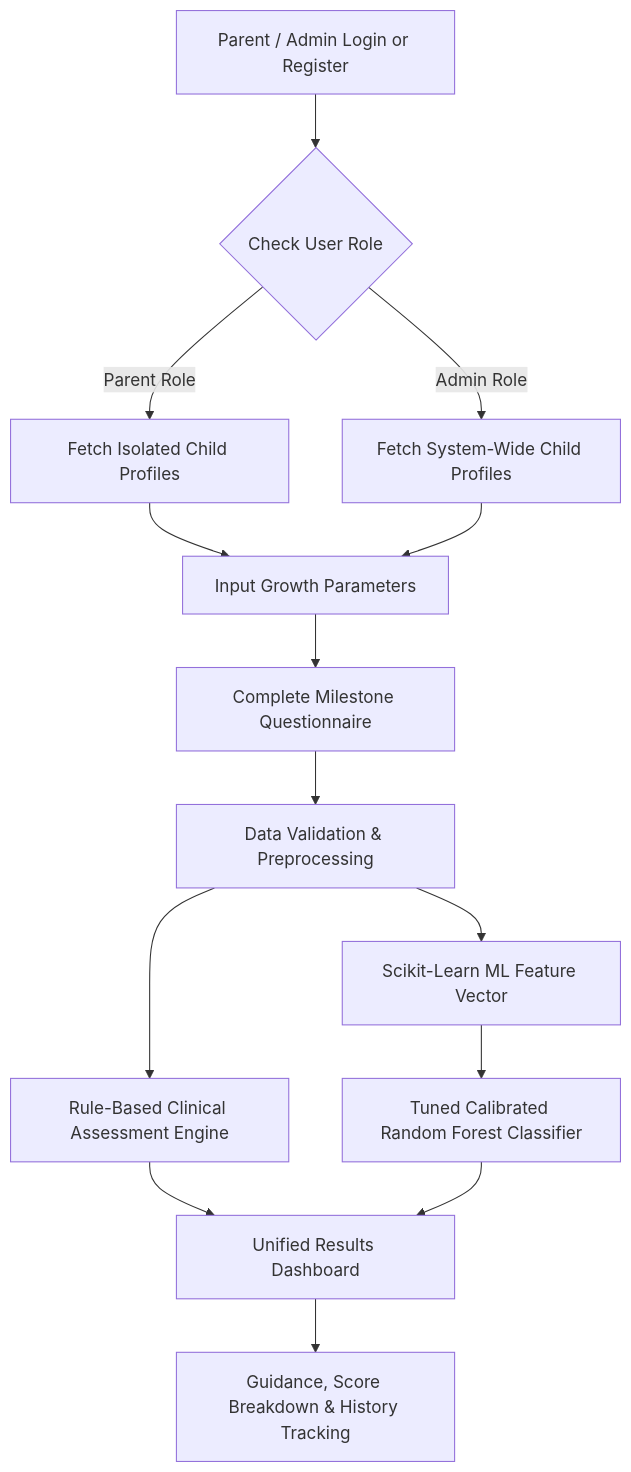
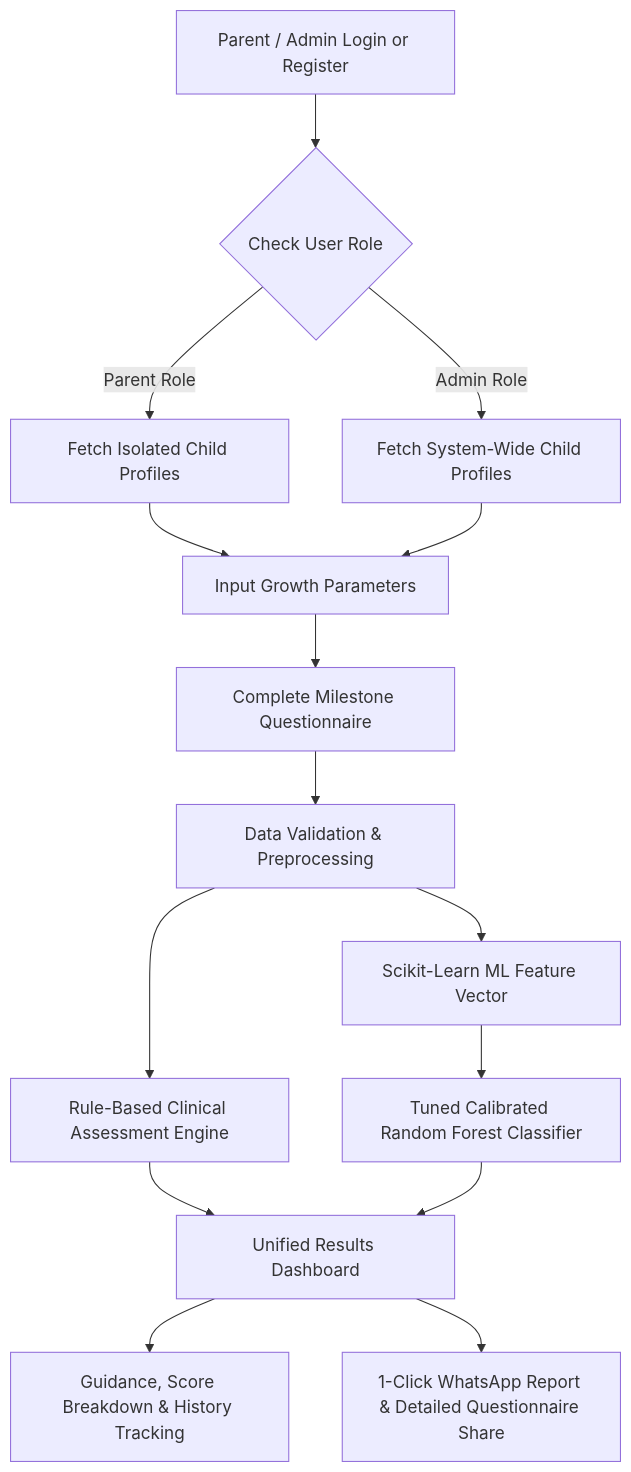
One commit to Nihar2704/smart-growth-tracker-for-early-development changed the diagram in FINAL_PROJECT_REPORT.md. Above: the diagram before and after it, drawn with Mermaid. The commit also changed other lines of this file and 11 other files, not shown here.

````diff
--- a/FINAL_PROJECT_REPORT.md
+++ b/FINAL_PROJECT_REPORT.md
@@ -79,16 +82,17 @@
 ```mermaid
 flowchart TD
     A[Parent / Admin Login or Register] --> B{Check User Role}
     B -->|Parent Role| C[Fetch Isolated Child Profiles]
     B -->|Admin Role| D[Fetch System-Wide Child Profiles]
     C --> E[Input Growth Parameters]
     D --> E
     E --> F[Complete Milestone Questionnaire]
     F --> G[Data Validation & Preprocessing]
     G --> H[Rule-Based Clinical Assessment Engine]
     G --> I[Scikit-Learn ML Feature Vector]
     I --> J[Tuned Calibrated Random Forest Classifier]
     H --> K[Unified Results Dashboard]
     J --> K
     K --> L[Guidance, Score Breakdown & History Tracking]
+    K --> M[1-Click WhatsApp Report & Detailed Questionnaire Share]
 ```
````
